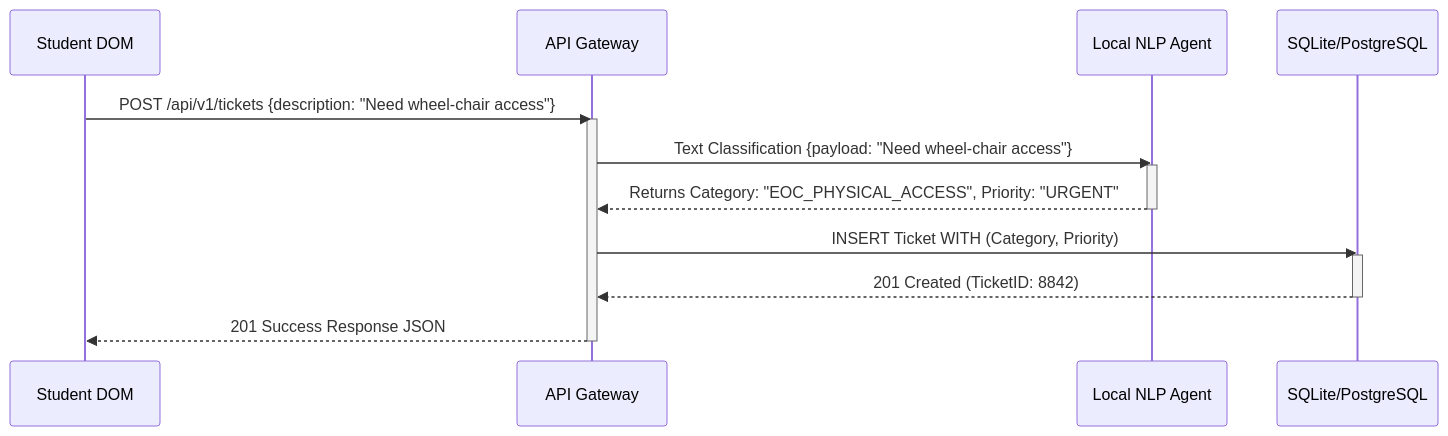
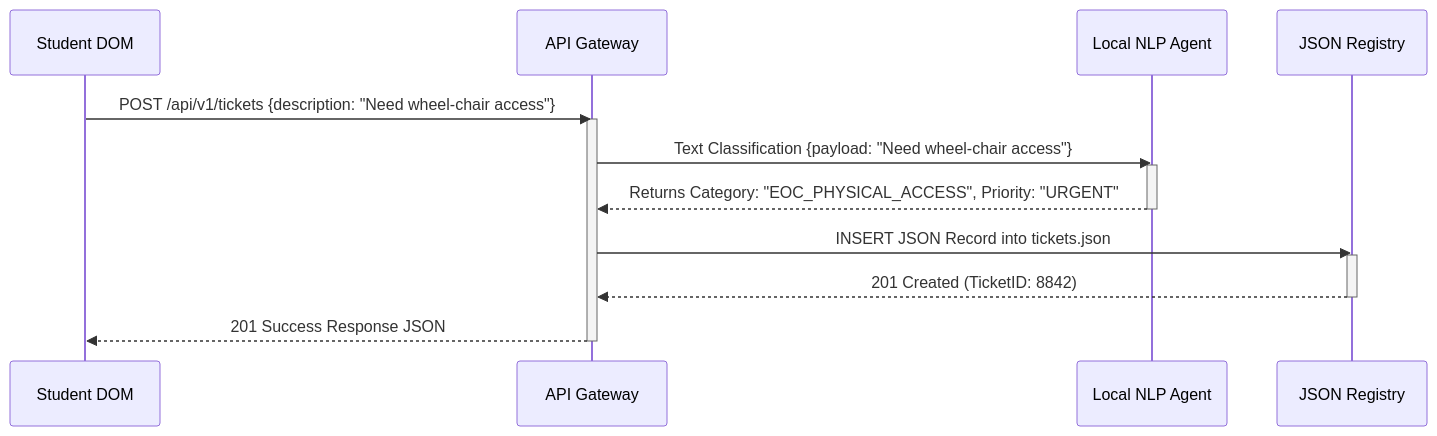
One commit to abhishekeb211/pccoe-onebridge changed the second of 3 diagrams in architecture.md. Above: the diagram before and after it, drawn with Mermaid. The commit also changed other lines of this file and 45 other files, not shown here.

````diff
--- a/architecture.md
+++ b/architecture.md
@@ -62,22 +65,22 @@
 ```mermaid
 sequenceDiagram
     participant User as Student DOM
     participant API as API Gateway
     participant AI as Local NLP Agent
-    participant DB as SQLite/PostgreSQL
+    participant DB as JSON Registry
     
     User->>API: POST /api/v1/tickets {description: "Need wheel-chair access"}
     activate API
     API->>AI: Text Classification {payload: "Need wheel-chair access"}
     activate AI
     AI-->>API: Returns Category: "EOC_PHYSICAL_ACCESS", Priority: "URGENT"
     deactivate AI
     
-    API->>DB: INSERT Ticket WITH (Category, Priority)
+    API->>DB: INSERT JSON Record into tickets.json
     activate DB
     DB-->>API: 201 Created (TicketID: 8842)
     deactivate DB
     
     API-->>User: 201 Success Response JSON
     deactivate API
 ```
````
